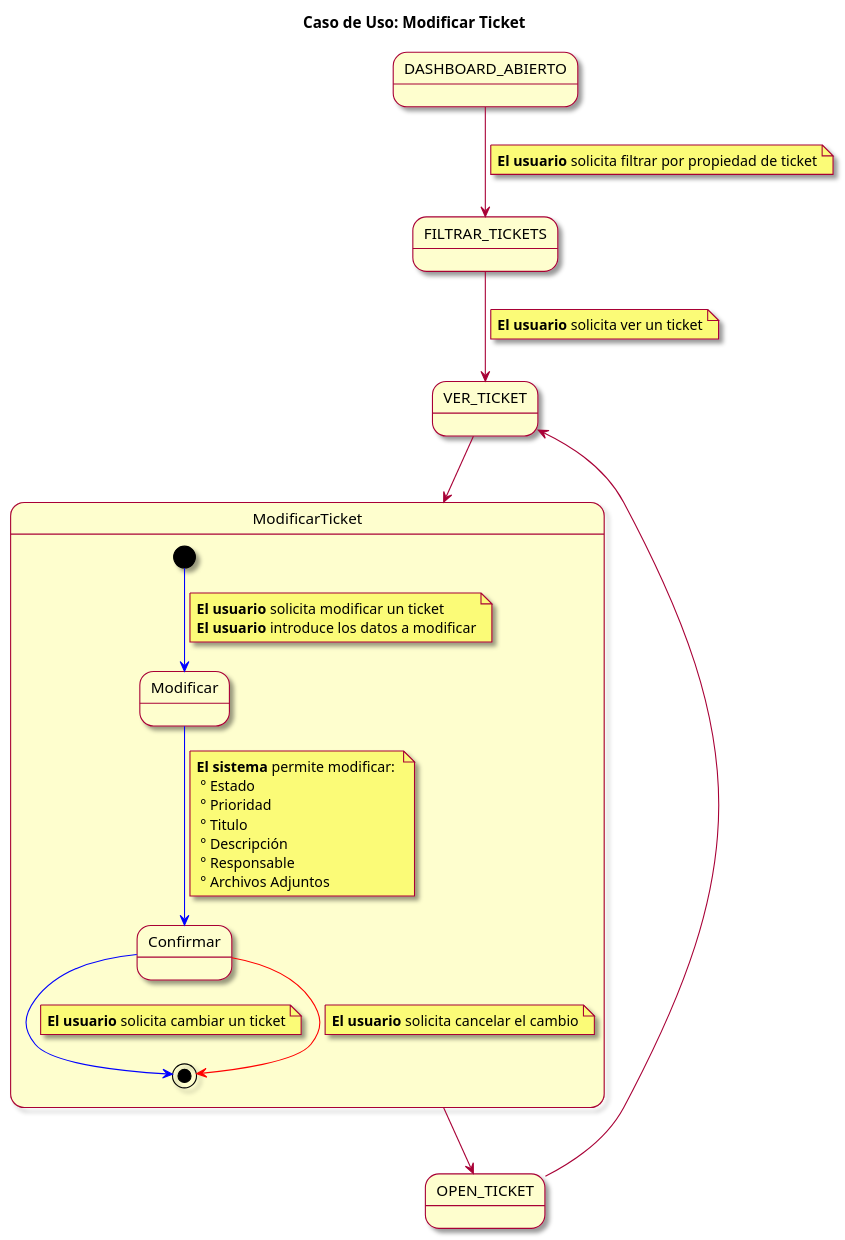
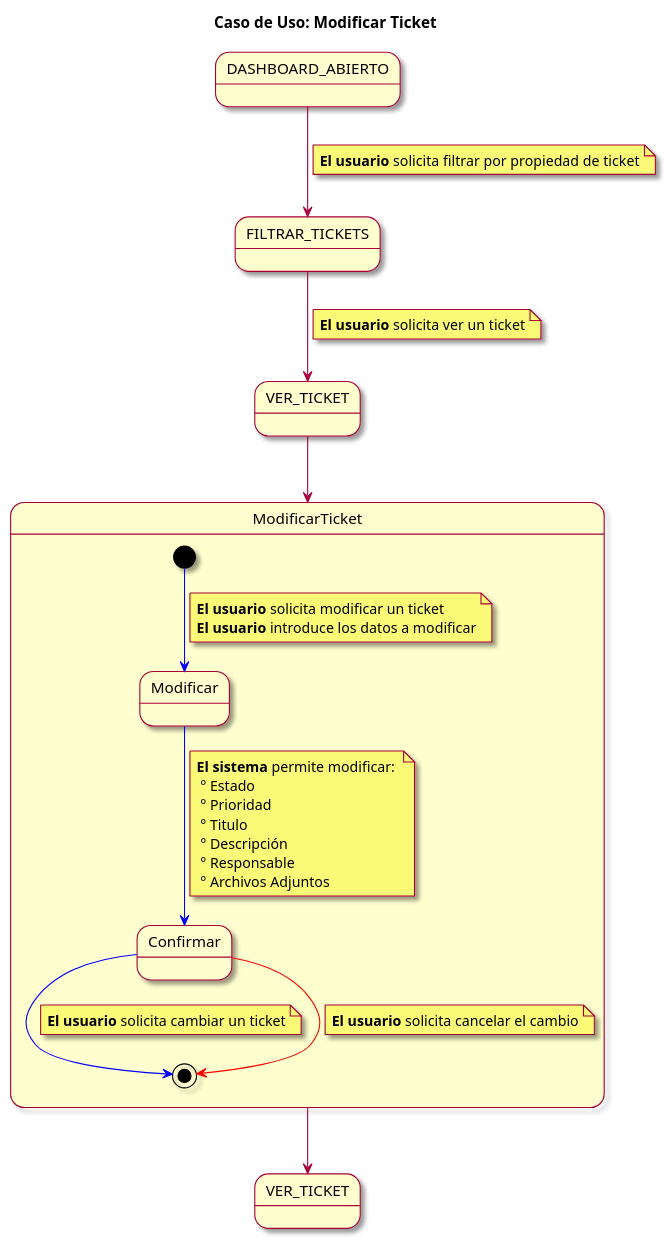
Before and after one commit to mmasias/23-24-IdSw1-SDR: the diagram in modelosUML/CasosDeUsos/CasosDetallados/ModificarTicket.puml, drawn with PlantUML. The commit also changed 11 other files, not shown here.

```diff
--- a/modelosUML/CasosDeUsos/CasosDetallados/ModificarTicket.puml
+++ b/modelosUML/CasosDeUsos/CasosDetallados/ModificarTicket.puml
@@ -1,45 +1,45 @@
 @startuml
 skin rose
 title Caso de Uso: Modificar Ticket 
 
 state DASHBOARD_ABIERTO
-state VER_TICKET
+state "VER_TICKET" as VER_TICKET2
 state FILTRAR_TICKETS
 
 DASHBOARD_ABIERTO --> FILTRAR_TICKETS
 note on link: **El usuario** solicita filtrar por propiedad de ticket
 FILTRAR_TICKETS --> VER_TICKET
 note on link: **El usuario** solicita ver un ticket
 VER_TICKET --> ModificarTicket
-ModificarTicket --> OPEN_TICKET
-OPEN_TICKET --> VER_TICKET
+ModificarTicket --> VER_TICKET2
+
 
 state ModificarTicket {
 
   [*] -[#blue]-> modificarTicket
   note on link 
 **El usuario** solicita modificar un ticket
 **El usuario** introduce los datos a modificar
 end note
   state "Modificar" as modificarTicket
   modificarTicket -[#blue]-> confirmarCambios
   state "Confirmar" as confirmarCambios
 note on link
  **El sistema** permite modificar: 
   ° Estado
   ° Prioridad
   ° Titulo
   ° Descripción
   ° Responsable
   ° Archivos Adjuntos
 end note
 
   confirmarCambios -[#blue]-> [*]
   note on link: **El usuario** solicita cambiar un ticket
   confirmarCambios -[#red]-> [*]
   note on link: **El usuario** solicita cancelar el cambio
     
 }
 
 
 @enduml
```
